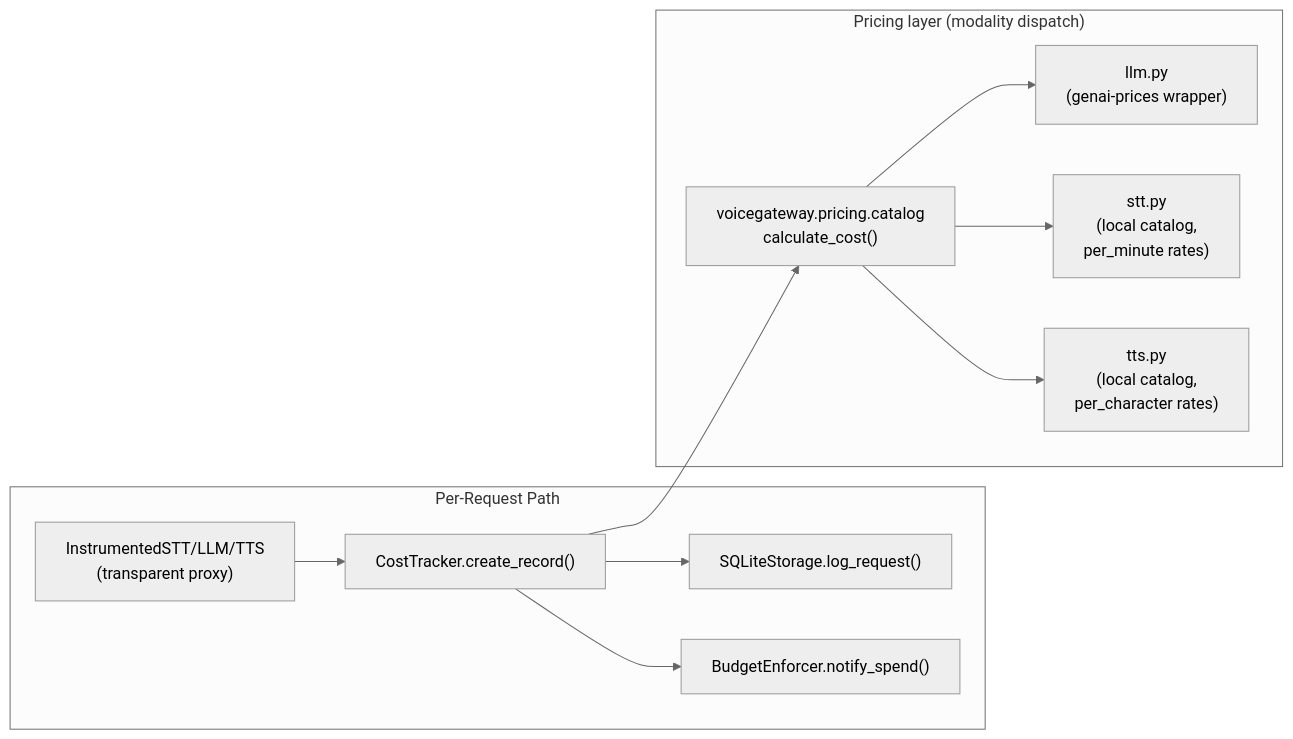
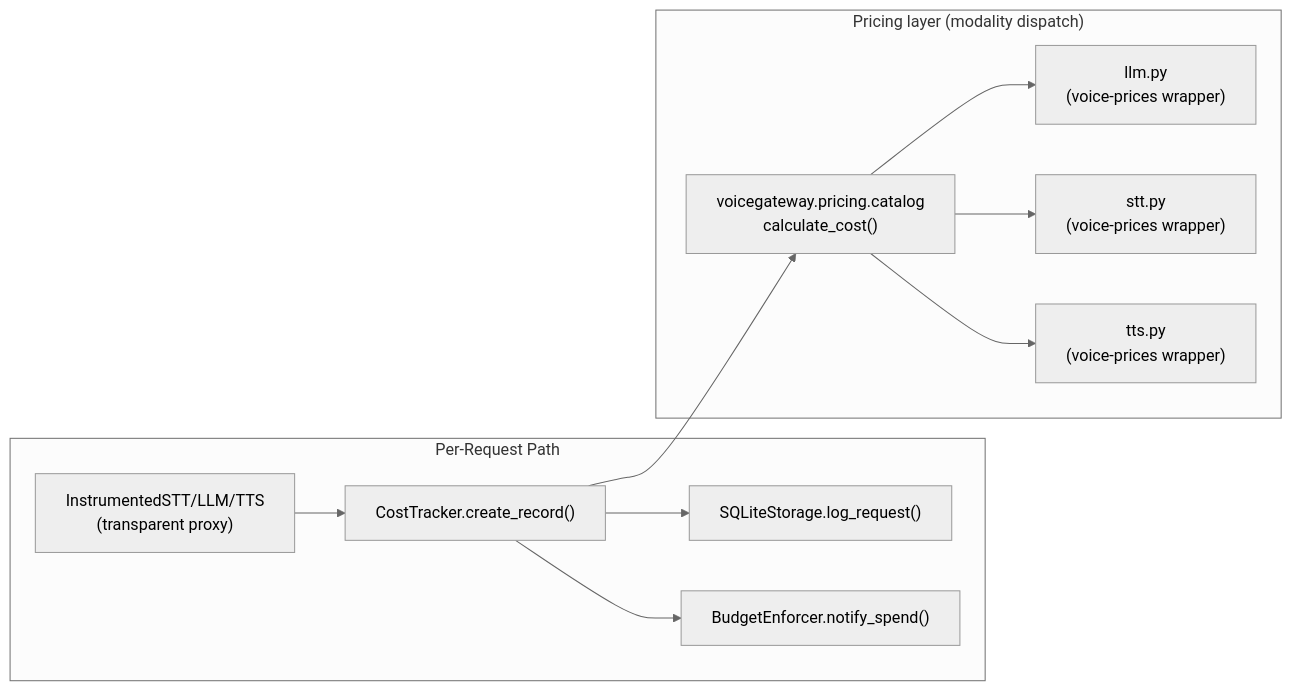
One commit to mahimailabs/voicegateway changed the diagram in docs/architecture/cost-tracking.md. Above: the diagram before and after it, drawn with Mermaid (neutral theme). The commit also changed other lines of this file and 43 other files, not shown here.

First line of the commit message:
feat: migrate pricing from genai-prices to voice-prices (#28)

````diff
--- a/docs/architecture/cost-tracking.md
+++ b/docs/architecture/cost-tracking.md
@@ -9,24 +9,24 @@
 ```mermaid
 graph LR
     subgraph Request["Per-Request Path"]
         WRAP["InstrumentedSTT/LLM/TTS<br/>(transparent proxy)"]
         CT["CostTracker.create_record()"]
         STORE["SQLiteStorage.log_request()"]
         BUDGET["BudgetEnforcer.notify_spend()"]
     end
 
     subgraph Pricing["Pricing layer (modality dispatch)"]
         FACADE["voicegateway.pricing.catalog<br/>calculate_cost()"]
-        LLM["llm.py<br/>(genai-prices wrapper)"]
-        STT["stt.py<br/>(local catalog,<br/>per_minute rates)"]
-        TTS["tts.py<br/>(local catalog,<br/>per_character rates)"]
+        LLM["llm.py<br/>(voice-prices wrapper)"]
+        STT["stt.py<br/>(voice-prices wrapper)"]
+        TTS["tts.py<br/>(voice-prices wrapper)"]
     end
 
     WRAP --> CT
     CT --> FACADE
     FACADE --> LLM
     FACADE --> STT
     FACADE --> TTS
     CT --> STORE
     CT --> BUDGET
 ```
````
